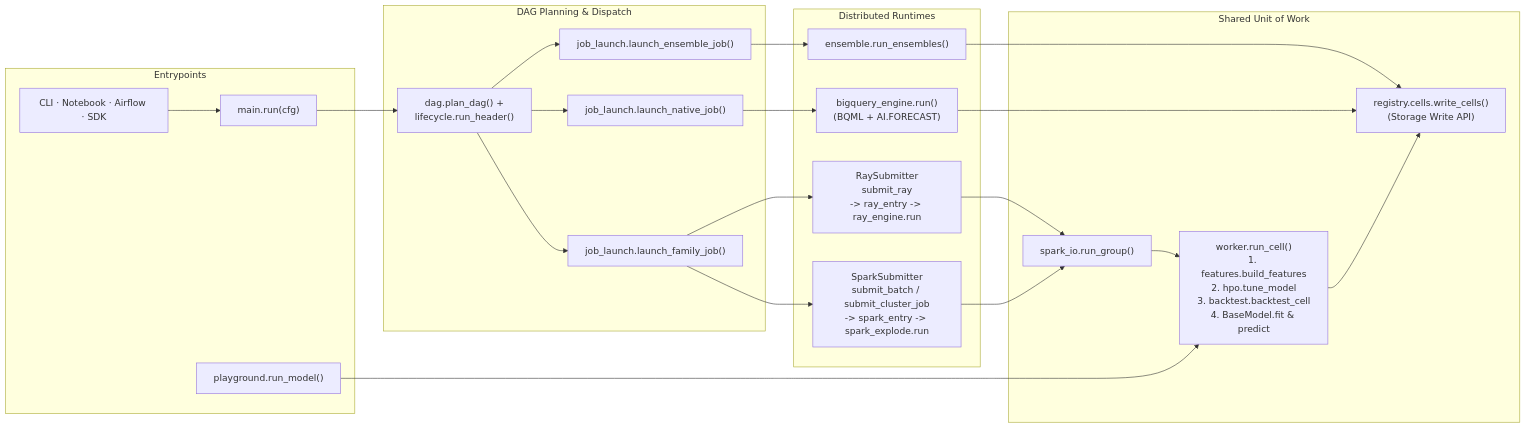
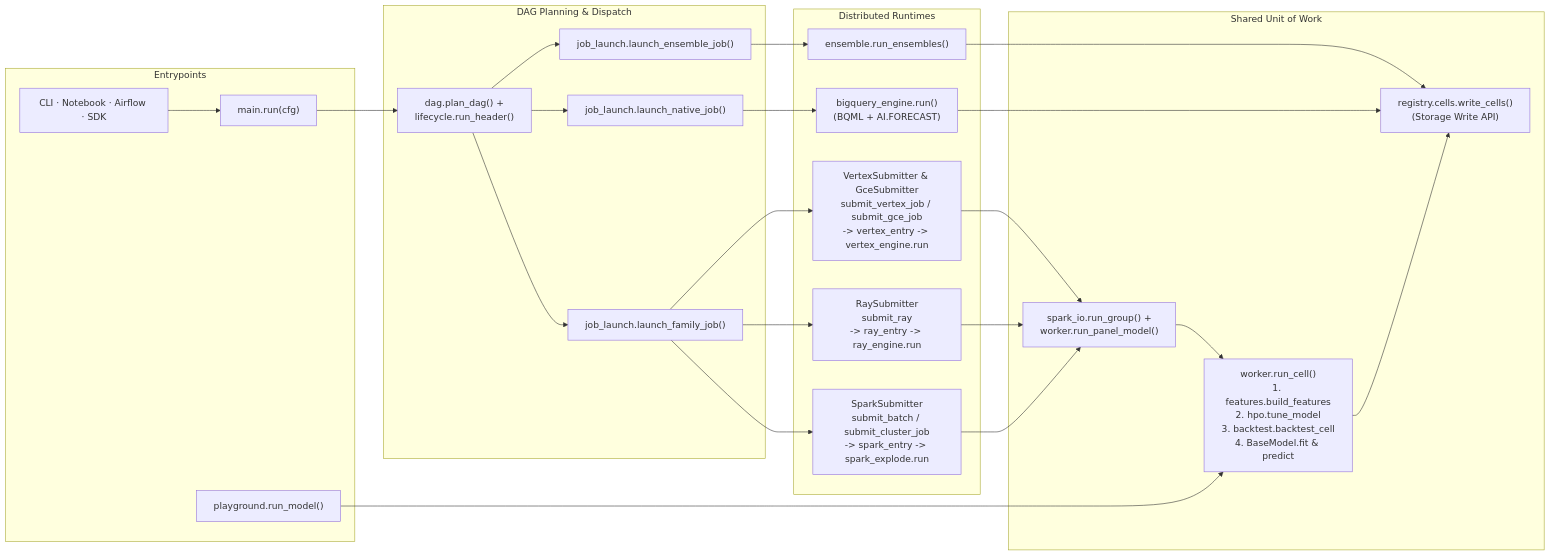
One commit to statmike/scale-forecasting changed the second of 2 diagrams in docs/architecture.md. Above: the diagram before and after it, drawn with Mermaid. The commit also changed other lines of this file and 69 other files, not shown here.

First line of the commit message:
feat(compute): add vertex and gce runtimes, unified compute params, GPU-VM catalog, and AGENTS.md

````diff
--- a/docs/architecture.md
+++ b/docs/architecture.md
@@ -403,27 +414,28 @@
 ```mermaid
 flowchart LR
     subgraph Entry["Entrypoints"]
         Caller["CLI · Notebook · Airflow · SDK"] --> MainRun["main.run(cfg)"]
         Play["playground.run_model()"]
     end
 
     subgraph Orchestration["DAG Planning & Dispatch"]
         MainRun --> PlanDag["dag.plan_dag() +\nlifecycle.run_header()"]
         PlanDag --> FamLaunch["job_launch.launch_family_job()"]
         PlanDag --> NatLaunch["job_launch.launch_native_job()"]
         PlanDag --> EnsLaunch["job_launch.launch_ensemble_job()"]
     end
 
     subgraph Runtimes["Distributed Runtimes"]
         FamLaunch --> SparkSub["SparkSubmitter\nsubmit_batch / submit_cluster_job\n-> spark_entry -> spark_explode.run"]
         FamLaunch --> RaySub["RaySubmitter\nsubmit_ray\n-> ray_entry -> ray_engine.run"]
+        FamLaunch --> VtxSub["VertexSubmitter & GceSubmitter\nsubmit_vertex_job / submit_gce_job\n-> vertex_entry -> vertex_engine.run"]
         NatLaunch --> BQRun["bigquery_engine.run()\n(BQML + AI.FORECAST)"]
         EnsLaunch --> EnsRun["ensemble.run_ensembles()"]
     end
 
     subgraph Worker["Shared Unit of Work"]
-        SparkSub & RaySub --> RunGroup["spark_io.run_group()"]
+        SparkSub & RaySub & VtxSub --> RunGroup["spark_io.run_group() +\nworker.run_panel_model()"]
         RunGroup & Play --> RunCell["worker.run_cell()\n1. features.build_features\n2. hpo.tune_model\n3. backtest.backtest_cell\n4. BaseModel.fit & predict"]
         RunCell & BQRun & EnsRun --> WriteCells["registry.cells.write_cells()\n(Storage Write API)"]
     end
 ```
````
